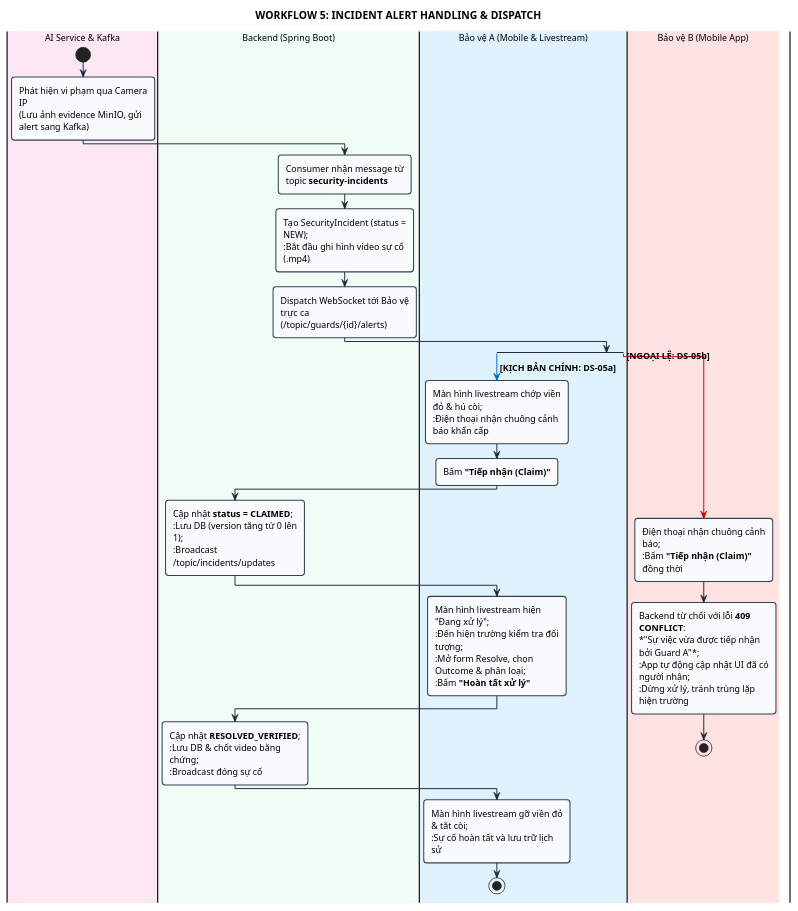
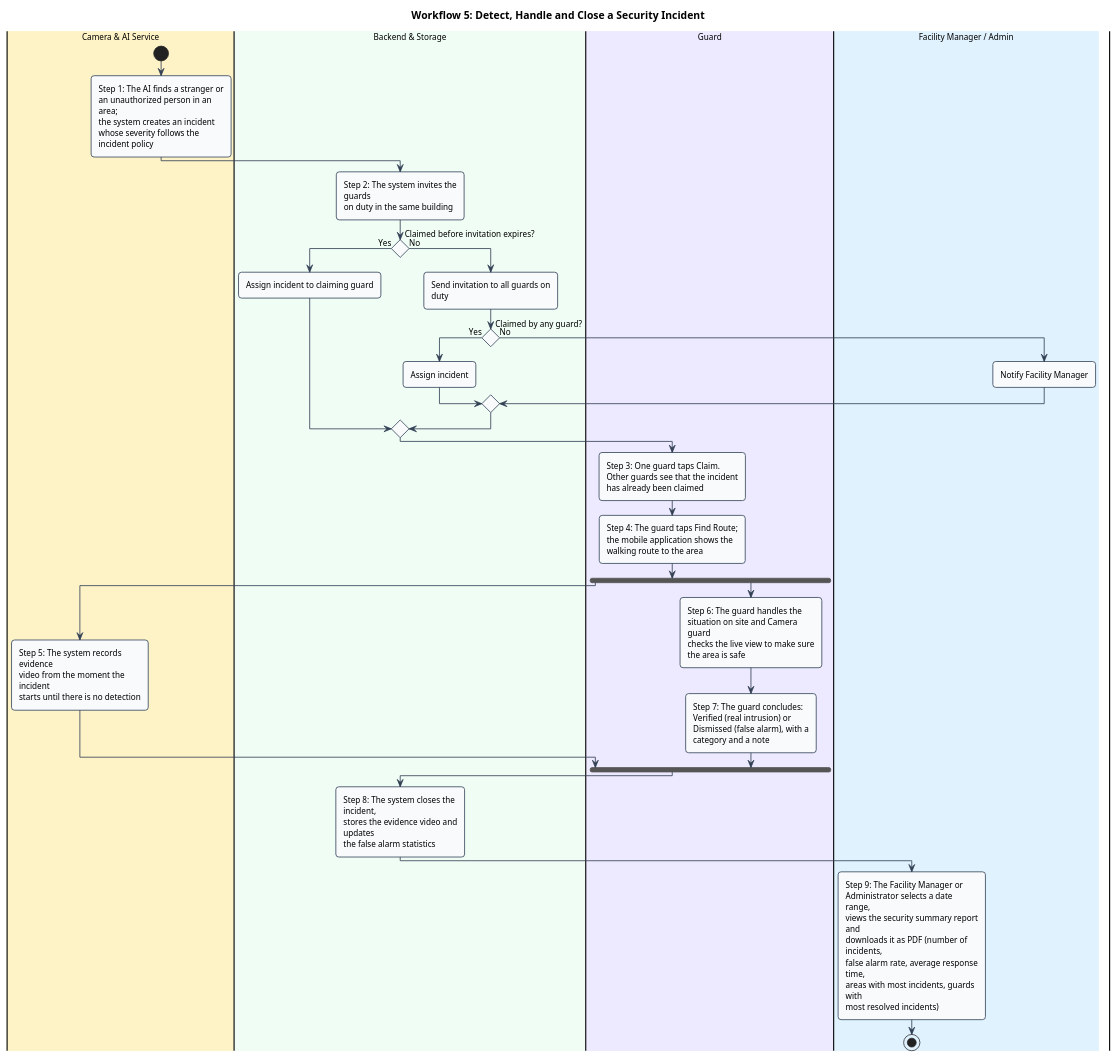
Before and after one commit to AnhHao2505/AI-Based-Intelligent-Campus-Security-Surveillance-System: the diagram in docs/diagrams/activity_workflow_5.puml, drawn with PlantUML. The commit also changed 19 other files, not shown here.

Commit message:
feat: implement ai-service video pipeline and incident recording system

```diff
--- a/docs/diagrams/activity_workflow_5.puml
+++ b/docs/diagrams/activity_workflow_5.puml
@@ -1,61 +1,67 @@
 @startuml activity_workflow_5
 skinparam backgroundColor #FFFFFF
 skinparam defaultFontName "Segoe UI", Arial, sans-serif
-skinparam defaultFontSize 12
+skinparam defaultFontSize 11
 skinparam wrapWidth 180
-skinparam maxMessageSize 100
+skinparam maxMessageSize 120
 skinparam conditionStyle diamond
 skinparam roundCorner 8
 skinparam shadowing false
-skinparam swimlaneWidth 145
+skinparam swimlaneWidth 170
 
 skinparam ActivityBackgroundColor #F8FAFC
-skinparam ActivityBorderColor #334155
-skinparam ActivityBorderThickness 1.4
-skinparam ArrowColor #1E293B
-skinparam ArrowThickness 1.3
+skinparam ActivityBorderColor #475569
+skinparam ActivityBorderThickness 1.2
+skinparam ArrowColor #334155
+skinparam ArrowThickness 1.1
 
-title **WORKFLOW 5: INCIDENT ALERT HANDLING & DISPATCH**
+title **Workflow 5: Detect, Handle and Close a Security Incident**
 
-|#FCE7F3|AI Service & Kafka|
-|#F0FDF4|Backend (Spring Boot)|
-|#E0F2FE|Bảo vệ A (Mobile & Livestream)|
-|#FEE2E2|Bảo vệ B (Mobile App)|
+|#FEF3C7|Camera & AI Service|
+|#F0FDF4|Backend & Storage|
+|#EDE9FE|Guard|
+|#E0F2FE|Facility Manager / Admin|
 
-|AI Service & Kafka|
+|Camera & AI Service|
 start
-:Phát hiện vi phạm qua Camera IP\n(Lưu ảnh evidence MinIO, gửi alert sang Kafka);
+:Step 1: The AI finds a stranger or\nan unauthorized person in an area;\nthe system creates an incident\nwhose severity follows the\nincident policy;
 
-|Backend (Spring Boot)|
-:Consumer nhận message từ\ntopic **security-incidents**;
-:Tạo SecurityIncident (status = NEW);\n:Bắt đầu ghi hình video sự cố (.mp4);
-:Dispatch WebSocket tới Bảo vệ trực ca\n(/topic/guards/{id}/alerts);
+|Backend & Storage|
+:Step 2: The system invites the guards\non duty in the same building;
 
-split
-  |Bảo vệ A (Mobile & Livestream)|
-  -[#0066cc]-> **[KỊCH BẢN CHÍNH: DS-05a]**;
-  :Màn hình livestream chớp viền đỏ & hú còi;\n:Điện thoại nhận chuông cảnh báo khẩn cấp;
-  :Bấm **"Tiếp nhận (Claim)"**;
+if (Claimed before invitation expires?) then (Yes)
+  :Assign incident to claiming guard;
+else (No)
+  :Send invitation to all guards on duty;
+  if (Claimed by any guard?) then (Yes)
+    :Assign incident;
+  else (No)
+    |Facility Manager / Admin|
+    :Notify Facility Manager;
+    |Backend & Storage|
+  endif
+endif
 
-  |Backend (Spring Boot)|
-  :Cập nhật **status = CLAIMED**;\n:Lưu DB (version tăng từ 0 lên 1);\n:Broadcast /topic/incidents/updates;
+|Guard|
+:Step 3: One guard taps Claim.\nOther guards see that the incident\nhas already been claimed;
 
-  |Bảo vệ A (Mobile & Livestream)|
-  :Màn hình livestream hiện "Đang xử lý";\n:Đến hiện trường kiểm tra đối tượng;\n:Mở form Resolve, chọn Outcome & phân loại;\n:Bấm **"Hoàn tất xử lý"**;
+:Step 4: The guard taps Find Route;\nthe mobile application shows the\nwalking route to the area;
 
-  |Backend (Spring Boot)|
-  :Cập nhật **RESOLVED_VERIFIED**;\n:Lưu DB & chốt video bằng chứng;\n:Broadcast đóng sự cố;
+fork
+  |Camera & AI Service|
+  :Step 5: The system records evidence\nvideo from the moment the incident\nstarts until there is no detection;
+fork again
+  |Guard|
+  :Step 6: The guard handles the\nsituation on site and Camera guard\nchecks the live view to make sure\nthe area is safe;
 
-  |Bảo vệ A (Mobile & Livestream)|
-  :Màn hình livestream gỡ viền đỏ & tắt còi;\n:Sự cố hoàn tất và lưu trữ lịch sử;
-  stop
+  :Step 7: The guard concludes:\nVerified (real intrusion) or\nDismissed (false alarm), with a\ncategory and a note;
+end fork
 
-split again
-  |Bảo vệ B (Mobile App)|
-  -[#cc0000]-> **[NGOẠI LỆ: DS-05b]**;
-  :Điện thoại nhận chuông cảnh báo;\n:Bấm **"Tiếp nhận (Claim)"** đồng thời;
-  :Backend từ chối với lỗi **409 CONFLICT**:\n*"Sự việc vừa được tiếp nhận bởi Guard A"*;\n:App tự động cập nhật UI đã có người nhận;\n:Dừng xử lý, tránh trùng lặp hiện trường;
-  stop
+|Backend & Storage|
+:Step 8: The system closes the incident,\nstores the evidence video and updates\nthe false alarm statistics;
 
-end split
+|Facility Manager / Admin|
+:Step 9: The Facility Manager or\nAdministrator selects a date range,\nviews the security summary report and\ndownloads it as PDF (number of incidents,\nfalse alarm rate, average response time,\nareas with most incidents, guards with\nmost resolved incidents);
+
+stop
 @enduml
```
